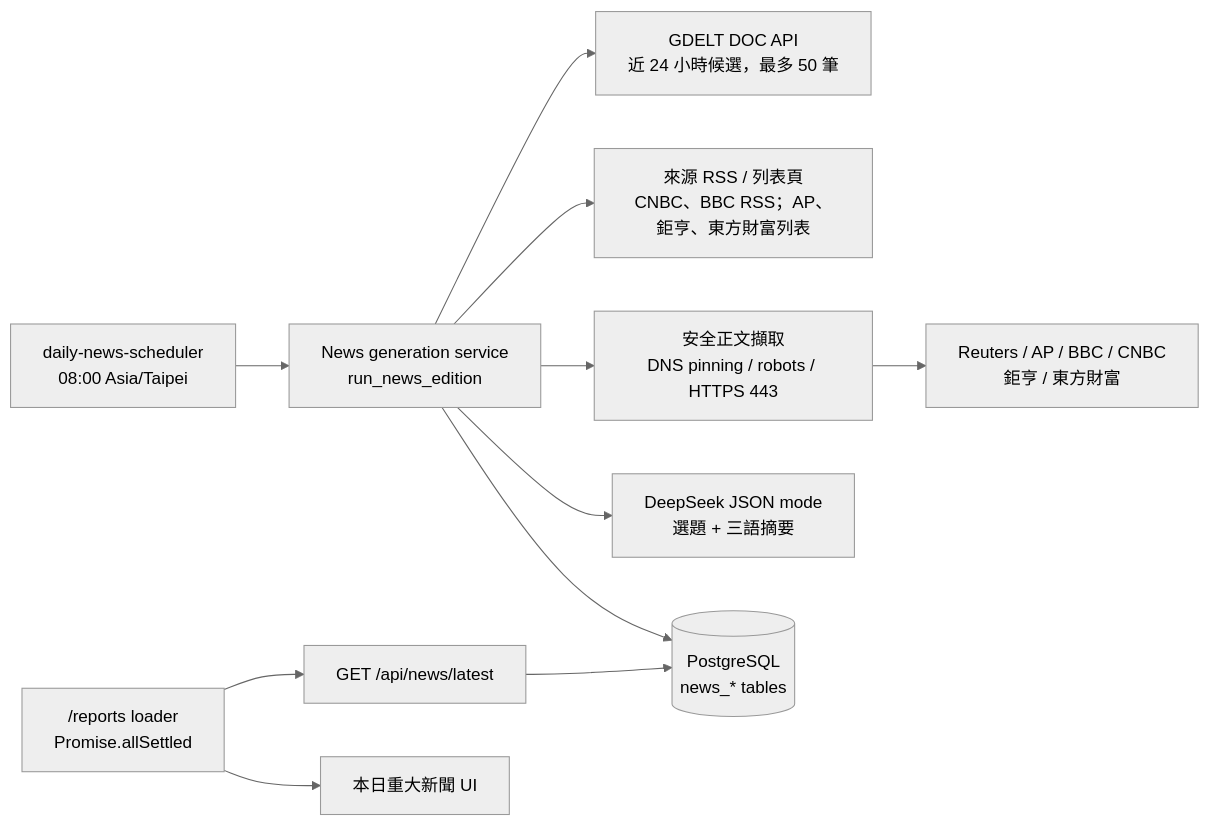
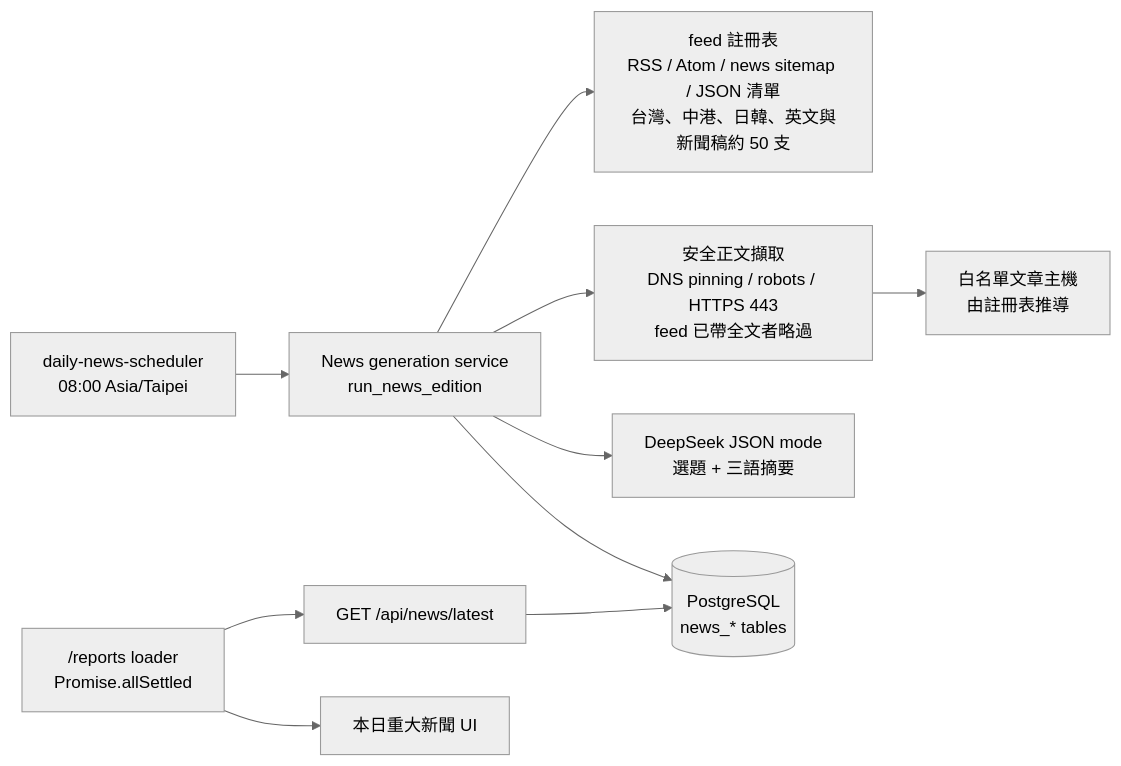
One commit to FPI-TW/daily-insights changed the diagram in docs/architecture/daily-news.md. Above: the diagram before and after it, drawn with Mermaid (neutral theme). The commit also changed other lines of this file and 44 other files, not shown here.

First line of the commit message:
feat: expand daily news discovery with a verified feed registry (#29)

````diff
--- a/docs/architecture/daily-news.md
+++ b/docs/architecture/daily-news.md
@@ -23,13 +24,12 @@
 ```mermaid
 flowchart LR
     S["daily-news-scheduler<br/>08:00 Asia/Taipei"] --> G["News generation service<br/>run_news_edition"]
-    G --> D["GDELT DOC API<br/>近 24 小時候選，最多 50 筆"]
-    G --> F["來源 RSS / 列表頁<br/>CNBC、BBC RSS；AP、鉅亨、東方財富列表"]
-    G --> X["安全正文擷取<br/>DNS pinning / robots / HTTPS 443"]
-    X --> W["Reuters / AP / BBC / CNBC<br/>鉅亨 / 東方財富"]
+    G --> F["feed 註冊表<br/>RSS / Atom / news sitemap / JSON 清單<br/>台灣、中港、日韓、英文與新聞稿約 50 支"]
+    G --> X["安全正文擷取<br/>DNS pinning / robots / HTTPS 443<br/>feed 已帶全文者略過"]
+    X --> W["白名單文章主機<br/>由註冊表推導"]
     G --> L["DeepSeek JSON mode<br/>選題 + 三語摘要"]
     G --> P[("PostgreSQL<br/>news_* tables")]
     R["/reports loader<br/>Promise.allSettled"] --> A["GET /api/news/latest"]
     A --> P
     R --> U["本日重大新聞 UI"]
 ```
````
